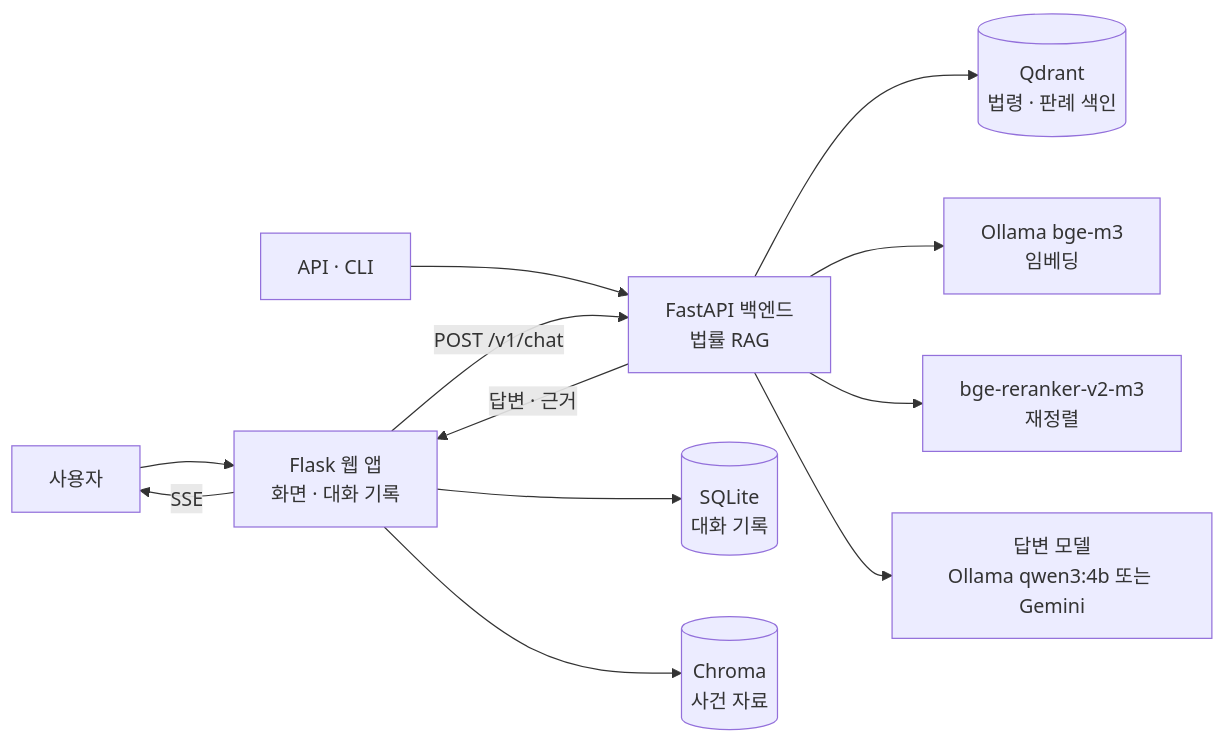
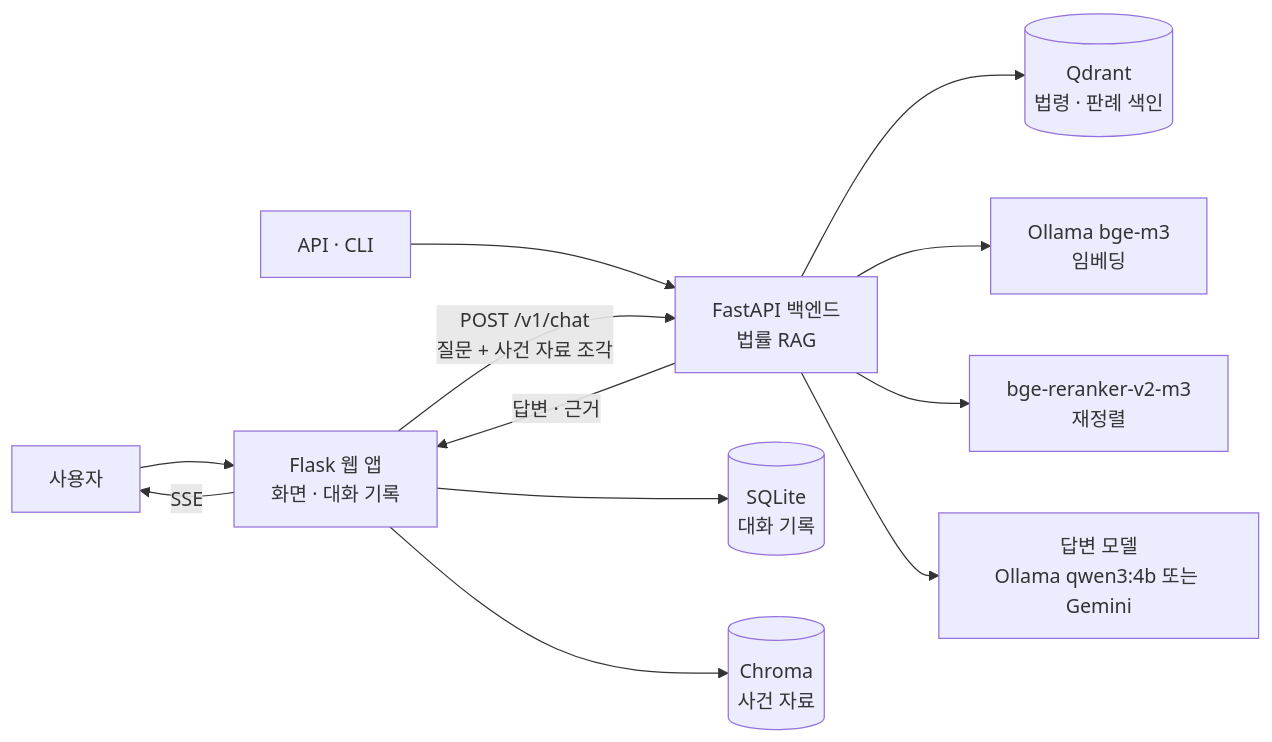
The first of 3 diagrams in README.md (Fulish0707/LegalAssistant), drawn with Mermaid before and after one commit. The commit also changed other lines of this file and 2 other files, not shown here.

Commit message:
docs: describe case documents in chat answers in the README

```diff
--- a/README.md
+++ b/README.md
@@ -51,16 +58,16 @@
 ~~~mermaid
 flowchart LR
     User["사용자"] --> Web["Flask 웹 앱<br/>화면 · 대화 기록"]
     Caller["API · CLI"] --> API
-    Web -->|"POST /v1/chat"| API["FastAPI 백엔드<br/>법률 RAG"]
+    Web -->|"POST /v1/chat<br/>질문 + 사건 자료 조각"| API["FastAPI 백엔드<br/>법률 RAG"]
     API -->|"답변 · 근거"| Web
     Web -->|"SSE"| User
 
     API --> Qdrant[("Qdrant<br/>법령 · 판례 색인")]
     API --> Embed["Ollama bge-m3<br/>임베딩"]
     API --> Rerank["bge-reranker-v2-m3<br/>재정렬"]
     API --> LLM["답변 모델<br/>Ollama qwen3:4b 또는 Gemini"]
 
     Web --> SQLite[("SQLite<br/>대화 기록")]
     Web --> Chroma[("Chroma<br/>사건 자료")]
 ~~~
```
